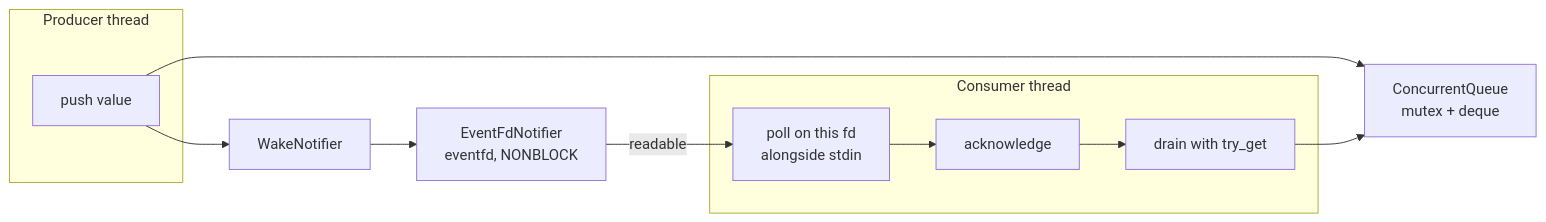
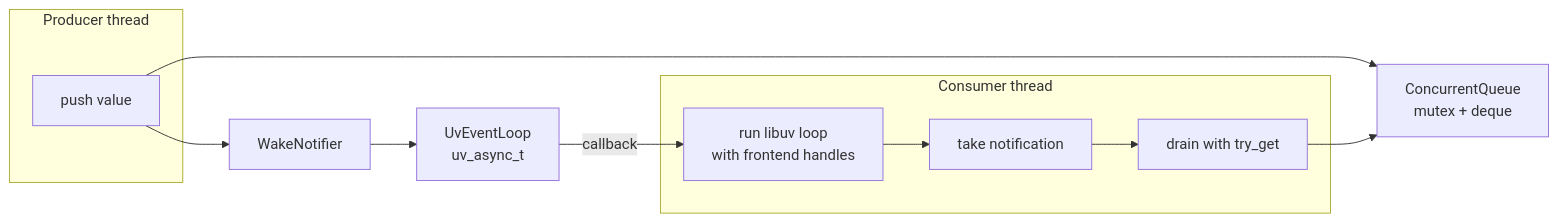
Before and after one commit to michaelpopov/cha: the diagram in src/util/README.md, drawn with Mermaid. The commit also changed other lines of this file and 32 other files, not shown here.

````diff
--- a/src/util/README.md
+++ b/src/util/README.md
@@ -50,22 +49,22 @@
 ```mermaid
 flowchart LR
     subgraph producer["Producer thread"]
         push["push value"]
     end
     q["ConcurrentQueue<br/>mutex + deque"]
     notifier["WakeNotifier"]
-    fd["EventFdNotifier<br/>eventfd, NONBLOCK"]
+    async["UvEventLoop<br/>uv_async_t"]
     subgraph consumer["Consumer thread"]
-        poll["poll on this fd<br/>alongside stdin"]
-        ack["acknowledge"]
+        loop["run libuv loop<br/>with frontend handles"]
+        observe["take notification"]
         take["drain with try_get"]
     end
 
     push --> q
     push --> notifier
-    notifier --> fd
-    fd -->|"readable"| poll
-    poll --> ack
-    ack --> take
+    notifier --> async
+    async -->|"callback"| loop
+    loop --> observe
+    observe --> take
     take --> q
 ```
````
